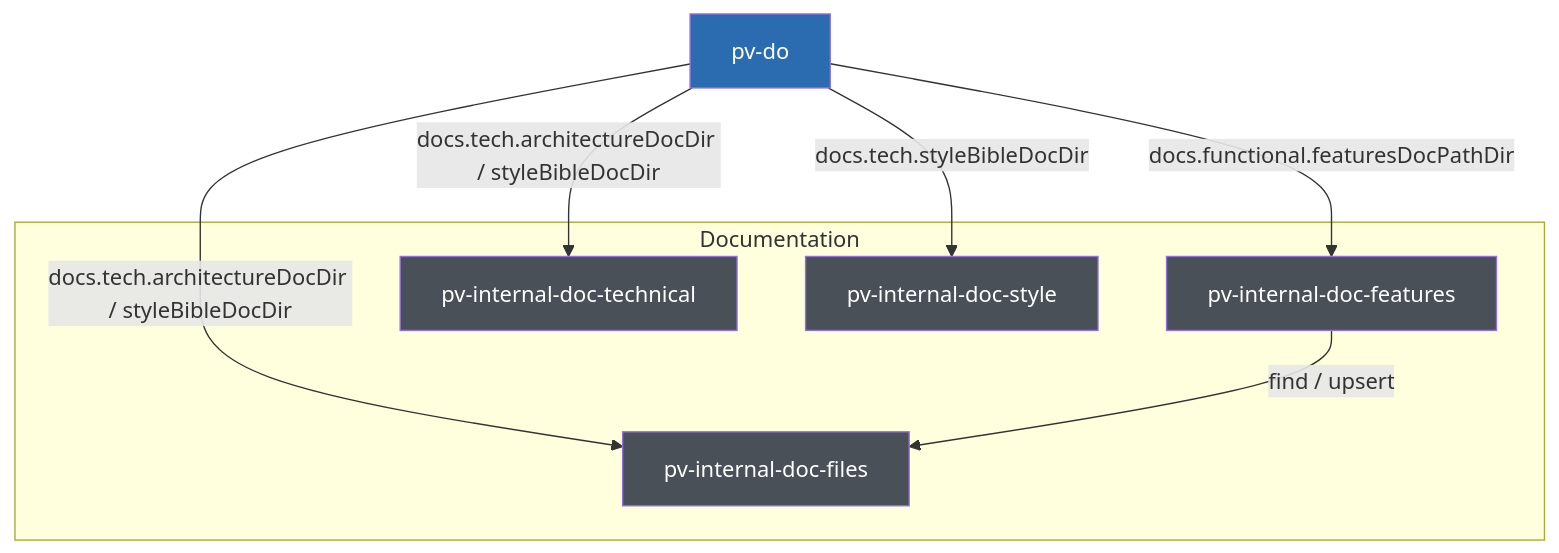
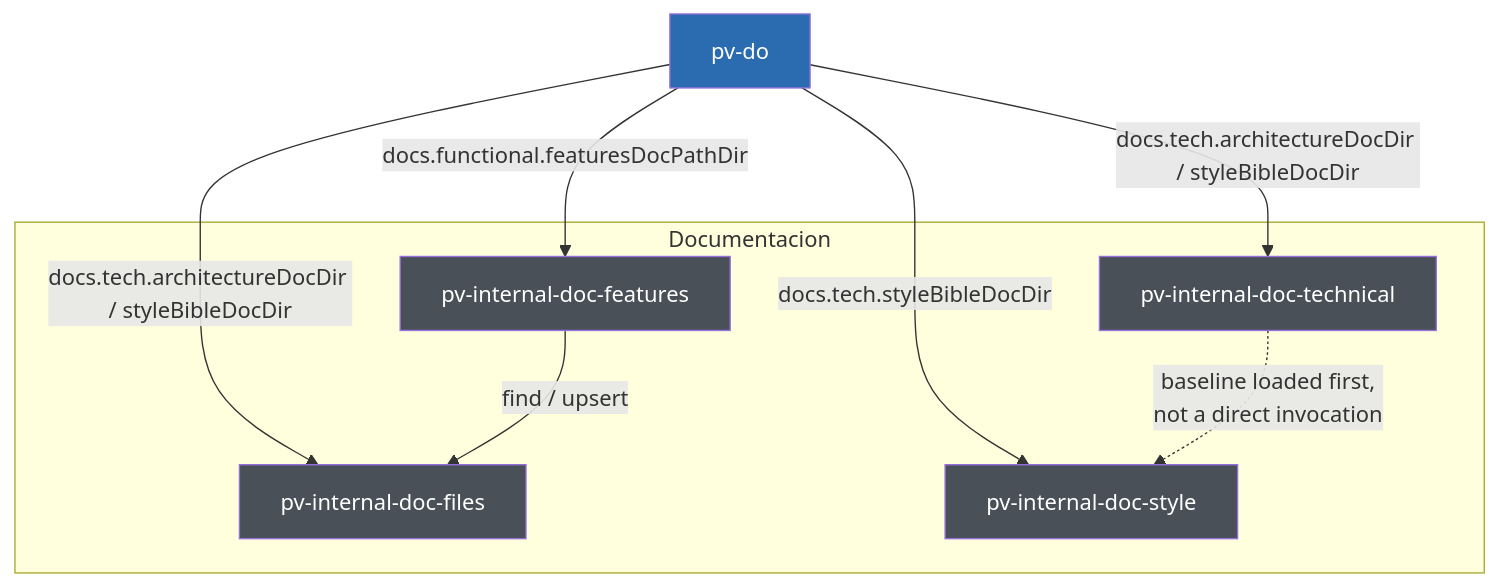
One commit to yeyopepe/previo-sdd changed the third of 3 diagrams in .claude/pv-doc/pv-design/pv-design.en.md. Above: the diagram before and after it, drawn with Mermaid. The commit also changed other lines of this file and 38 other files, not shown here.

````diff
--- a/.claude/pv-doc/pv-design/pv-design.en.md
+++ b/.claude/pv-doc/pv-design/pv-design.en.md
@@ -242,23 +242,24 @@
 ```mermaid
 graph TD
     pv_do["pv-do"]
 
-    subgraph Documentation
+    subgraph Documentacion
         pv_doc_files["pv-internal-doc-files"]
         pv_doc_features["pv-internal-doc-features"]
         pv_doc_technical["pv-internal-doc-technical"]
         pv_doc_style["pv-internal-doc-style"]
     end
 
     pv_do -->|"docs.functional.featuresDocPathDir"| pv_doc_features
     pv_do -->|"docs.tech.architectureDocDir / styleBibleDocDir"| pv_doc_technical
     pv_do -->|"docs.tech.styleBibleDocDir"| pv_doc_style
     pv_do -->|"docs.tech.architectureDocDir / styleBibleDocDir"| pv_doc_files
 
     pv_doc_features -->|"find / upsert"| pv_doc_files
+    pv_doc_technical -.->|"baseline loaded first,<br/>not a direct invocation"| pv_doc_style
 
     classDef entry fill:#2b6cb0,color:#fff
     classDef internal fill:#495057,color:#fff
     class pv_do entry
     class pv_doc_files,pv_doc_features,pv_doc_technical,pv_doc_style internal
 ```
````
